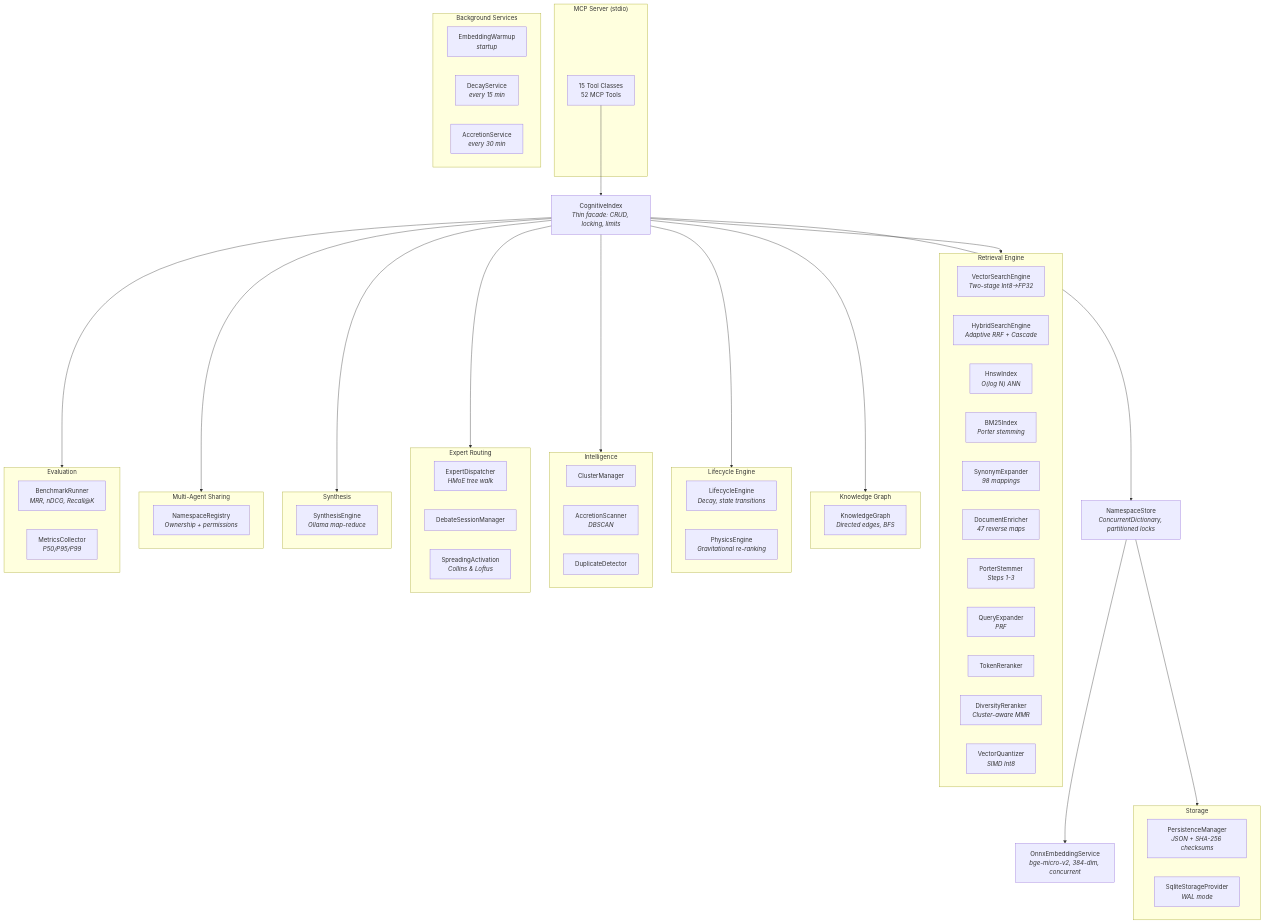
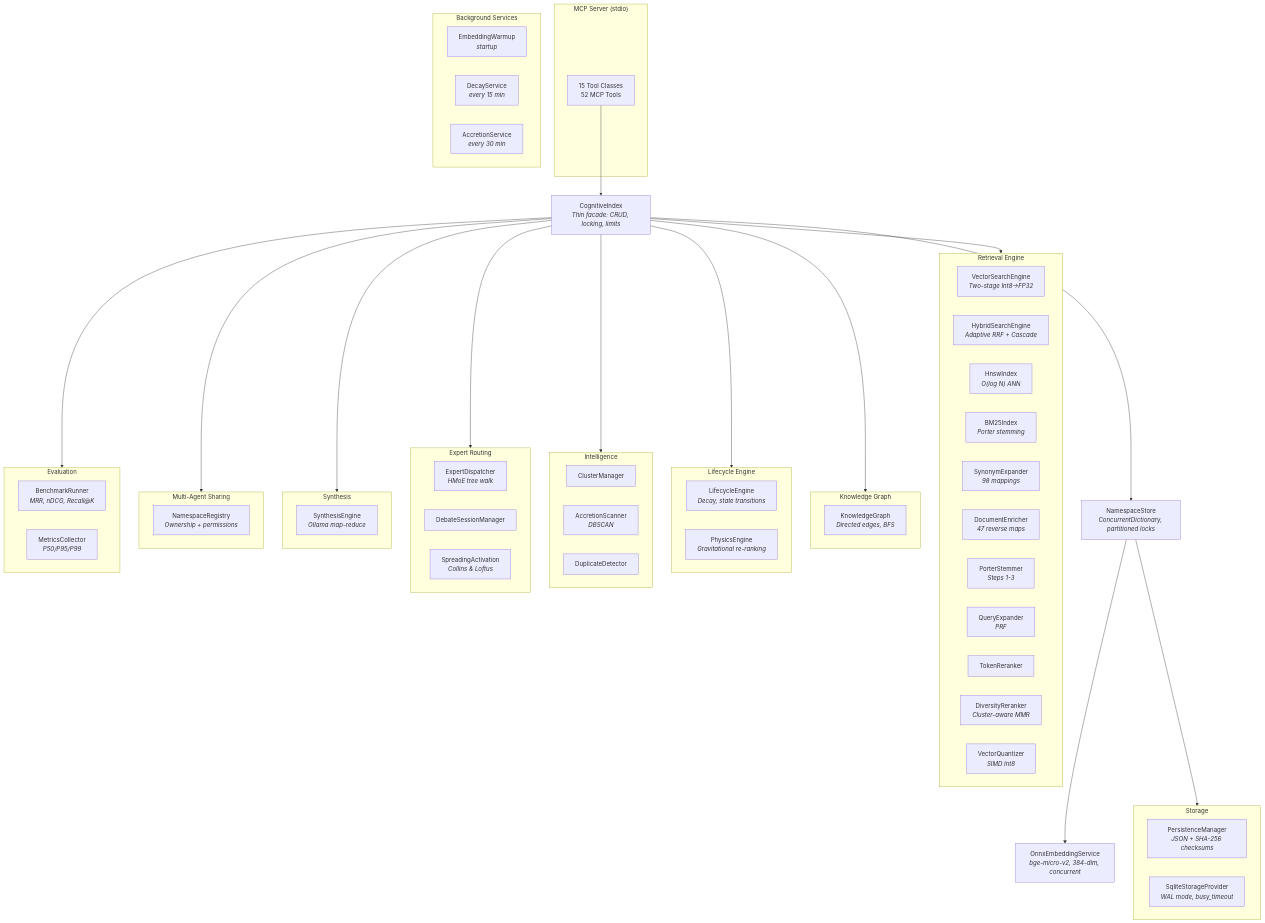
Before and after one commit to wyckit/mcp-engram-memory: the diagram in docs/architecture.md, drawn with Mermaid. The commit also changed 8 other files, not shown here.

````diff
--- a/docs/architecture.md
+++ b/docs/architecture.md
@@ -5,81 +5,81 @@
 ```mermaid
 graph TD
     subgraph MCP["MCP Server (stdio)"]
         Tools["15 Tool Classes<br/>52 MCP Tools"]
     end
 
     Tools --> CI["CognitiveIndex<br/><i>Thin facade: CRUD, locking, limits</i>"]
 
     CI --> RE["Retrieval"]
     CI --> GR["Graph"]
     CI --> LC["Lifecycle"]
     CI --> IN["Intelligence"]
     CI --> EX["Experts"]
     CI --> EV["Evaluation"]
 
     subgraph RE["Retrieval Engine"]
         VS["VectorSearchEngine<br/><i>Two-stage Int8→FP32</i>"]
         HS["HybridSearchEngine<br/><i>Adaptive RRF + Cascade</i>"]
         HW["HnswIndex<br/><i>O(log N) ANN</i>"]
         BM["BM25Index<br/><i>Porter stemming</i>"]
         SY["SynonymExpander<br/><i>98 mappings</i>"]
         DE["DocumentEnricher<br/><i>47 reverse maps</i>"]
         PS["PorterStemmer<br/><i>Steps 1-3</i>"]
         QE["QueryExpander<br/><i>PRF</i>"]
         TR["TokenReranker"]
         DR["DiversityReranker<br/><i>Cluster-aware MMR</i>"]
         VQ["VectorQuantizer<br/><i>SIMD Int8</i>"]
     end
 
     subgraph GR["Knowledge Graph"]
         KG["KnowledgeGraph<br/><i>Directed edges, BFS</i>"]
     end
 
     subgraph LC["Lifecycle Engine"]
         LE["LifecycleEngine<br/><i>Decay, state transitions</i>"]
         PE["PhysicsEngine<br/><i>Gravitational re-ranking</i>"]
     end
 
     subgraph IN["Intelligence"]
         CM["ClusterManager"]
         AS["AccretionScanner<br/><i>DBSCAN</i>"]
         DD["DuplicateDetector"]
     end
 
     subgraph EX["Expert Routing"]
         ED["ExpertDispatcher<br/><i>HMoE tree walk</i>"]
         DM["DebateSessionManager"]
         SA["SpreadingActivation<br/><i>Collins &amp; Loftus</i>"]
     end
 
     subgraph SN["Synthesis"]
         SE["SynthesisEngine<br/><i>Ollama map-reduce</i>"]
     end
 
     subgraph SH["Multi-Agent Sharing"]
         NR["NamespaceRegistry<br/><i>Ownership + permissions</i>"]
     end
 
     subgraph EV["Evaluation"]
         BR["BenchmarkRunner<br/><i>MRR, nDCG, Recall@K</i>"]
         MC["MetricsCollector<br/><i>P50/P95/P99</i>"]
     end
 
     CI --> SH
     CI --> SN
     CI --> NS["NamespaceStore<br/><i>ConcurrentDictionary, partitioned locks</i>"]
     NS --> SP["Storage Provider"]
 
     subgraph SP["Storage"]
         PM["PersistenceManager<br/><i>JSON + SHA-256 checksums</i>"]
-        SQ["SqliteStorageProvider<br/><i>WAL mode</i>"]
+        SQ["SqliteStorageProvider<br/><i>WAL mode, busy_timeout</i>"]
     end
 
     NS --> EMB["OnnxEmbeddingService<br/><i>bge-micro-v2, 384-dim, concurrent</i>"]
 
     subgraph BG["Background Services"]
         BG1["EmbeddingWarmup<br/><i>startup</i>"]
         BG2["DecayService<br/><i>every 15 min</i>"]
         BG3["AccretionService<br/><i>every 30 min</i>"]
     end
 ```
````
